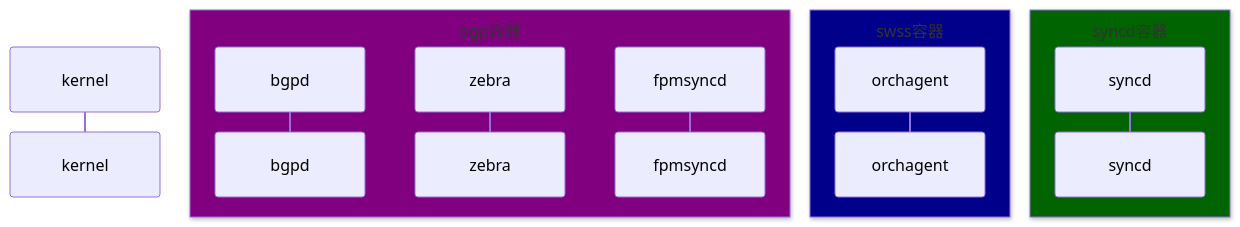
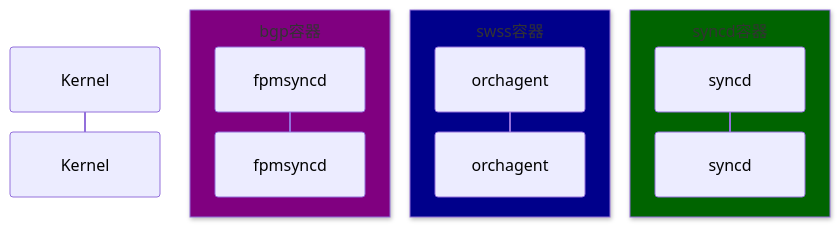
One commit to r12f/sonic-book changed the second of 2 diagrams in src/5-2-bgp-workflow.md. Above: the diagram before and after it, drawn with Mermaid. The commit also changed other lines of this file, not shown here.

````diff
--- a/src/5-2-bgp-workflow.md
+++ b/src/5-2-bgp-workflow.md
@@ -124,16 +144,14 @@
 ```mermaid
 sequenceDiagram
     autonumber
-    participant kernel
+    participant K as Kernel
     box purple bgp容器
-    participant bgpd
-    participant zebra
-    participant fpmsyncd
+    participant FPM as fpmsyncd
     end
     box darkblue swss容器
-    participant orchagent
+    participant OA as orchagent
     end
     box darkgreen syncd容器
-    participant syncd
+    participant SD as syncd
     end
 ```
````
